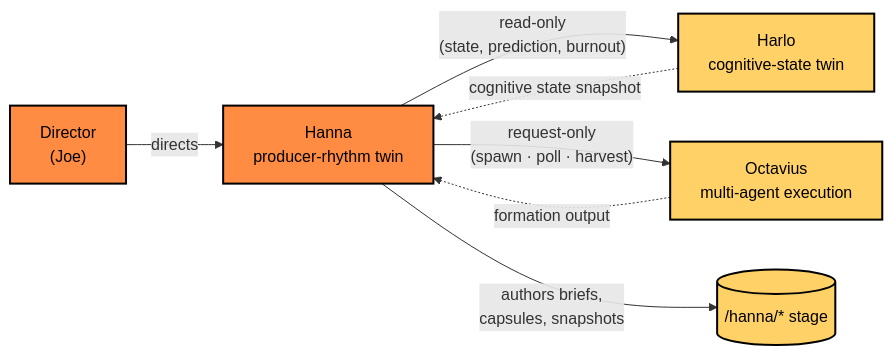
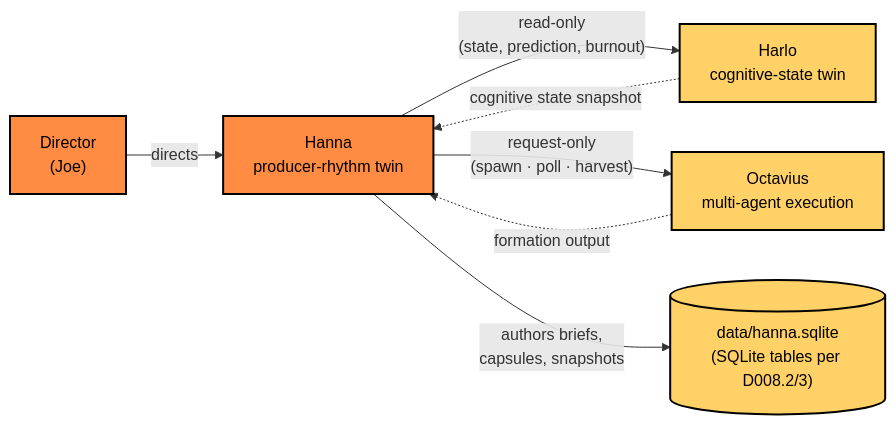
The first of 4 diagrams in README.md (JosephOIbrahim/Hanna), drawn with Mermaid before and after one commit. The commit also changed other lines of this file and 3 other files, not shown here.

````diff
--- a/README.md
+++ b/README.md
@@ -17,18 +17,18 @@
 ```mermaid
 flowchart LR
     classDef primary  fill:#FF8C42,stroke:#000000,stroke-width:2px,color:#000000
     classDef secondary fill:#FFD166,stroke:#000000,stroke-width:2px,color:#000000
 
     Joe["Director<br/>(Joe)"]:::primary
     Hanna["Hanna<br/>producer-rhythm twin"]:::primary
     Harlo["Harlo<br/>cognitive-state twin"]:::secondary
     Octavius["Octavius<br/>multi-agent execution"]:::secondary
-    Stage[("/hanna/* stage")]:::secondary
+    Stage[("data/hanna.sqlite<br/>(SQLite tables per D008.2/3)")]:::secondary
 
     Joe -->|"directs"| Hanna
     Hanna -->|"read-only<br/>(state, prediction, burnout)"| Harlo
     Hanna -->|"request-only<br/>(spawn · poll · harvest)"| Octavius
     Hanna -->|"authors briefs,<br/>capsules, snapshots"| Stage
     Harlo -.->|"cognitive state snapshot"| Hanna
     Octavius -.->|"formation output"| Hanna
 ```
````
